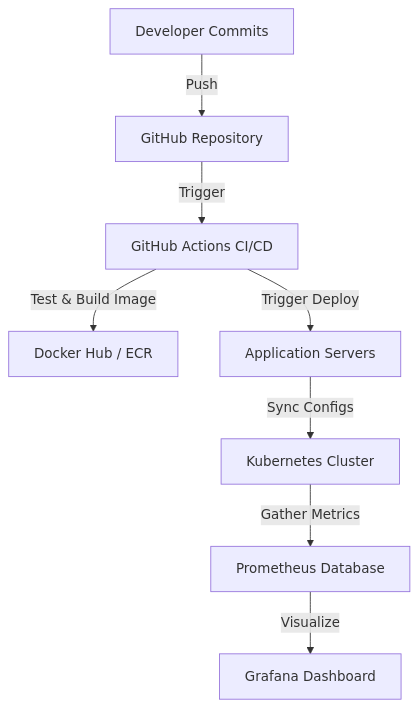
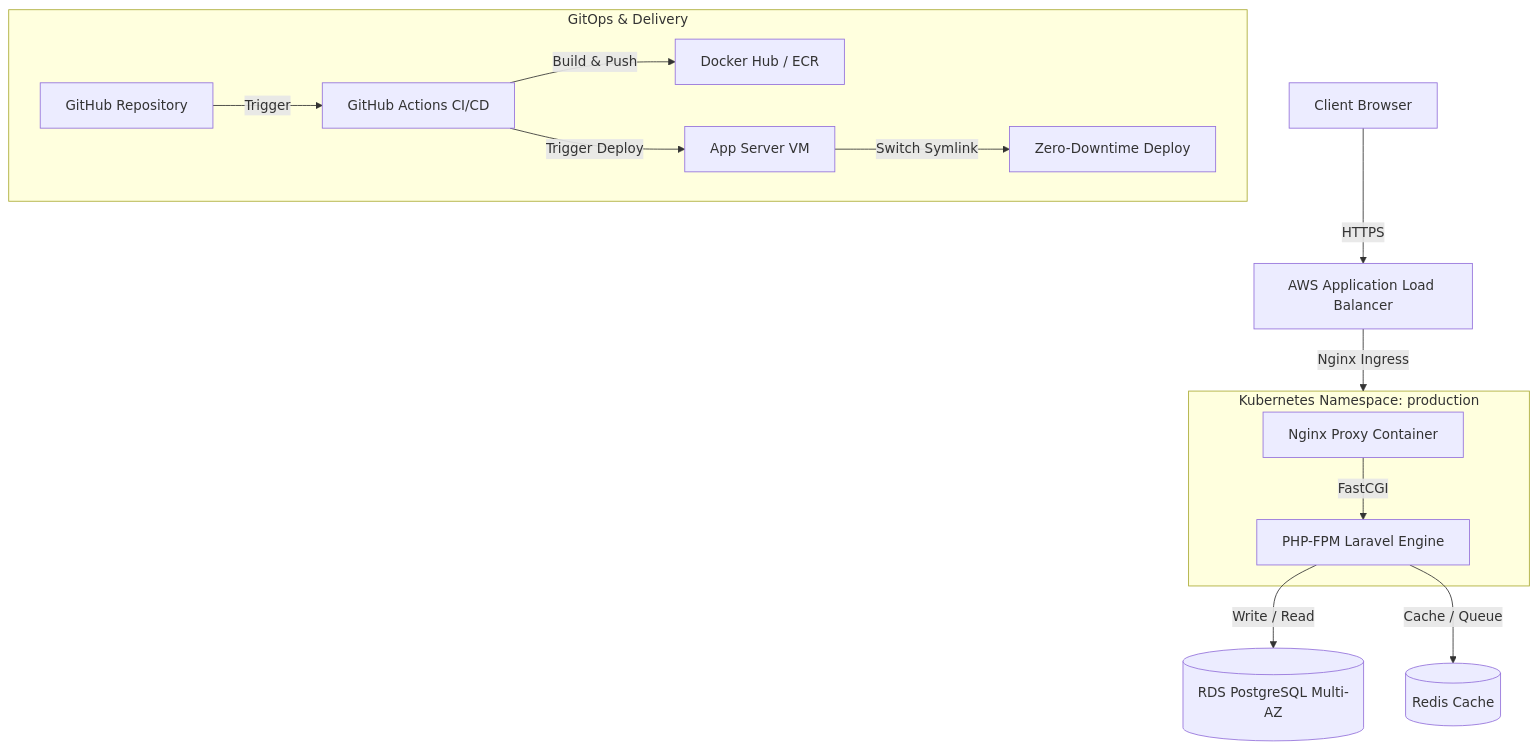
One commit to Hiteshv253/hiteshv253 changed the diagram in README.md. Above: the diagram before and after it, drawn with Mermaid. The commit also changed other lines of this file and 89 other files, not shown here.

````diff
--- a/README.md
+++ b/README.md
@@ -30,10 +8,19 @@
 ```mermaid
 graph TD
-    Developer[Developer Commits] -->|Push| Git[GitHub Repository]
-    Git -->|Trigger| Pipeline[GitHub Actions CI/CD]
-    Pipeline -->|Test & Build Image| Registry[Docker Hub / ECR]
-    Pipeline -->|Trigger Deploy| Server[Application Servers]
-    Server -->|Sync Configs| K8s[Kubernetes Cluster]
-    K8s -->|Gather Metrics| Prom[Prometheus Database]
-    Prom -->|Visualize| Grafana[Grafana Dashboard]
+    Client[Client Browser] -->|HTTPS| ALB[AWS Application Load Balancer]
+    ALB -->|Nginx Ingress| K8s[Kubernetes Pod Cluster]
+    
+    subgraph K8s [Kubernetes Namespace: production]
+        Nginx[Nginx Proxy Container] -->|FastCGI| FPM[PHP-FPM Laravel Engine]
+    end
+    
+    FPM -->|Write / Read| DB[(RDS PostgreSQL Multi-AZ)]
+    FPM -->|Cache / Queue| Cache[(Redis Cache)]
+    
+    subgraph CI/CD [GitOps & Delivery]
+        Git[GitHub Repository] -->|Trigger| GHA[GitHub Actions CI/CD]
+        GHA -->|Build & Push| Registry[Docker Hub / ECR]
+        GHA -->|Trigger Deploy| VPS[App Server VM]
+        VPS -->|Switch Symlink| Deploy[Zero-Downtime Deploy]
+    end
 ```
````
